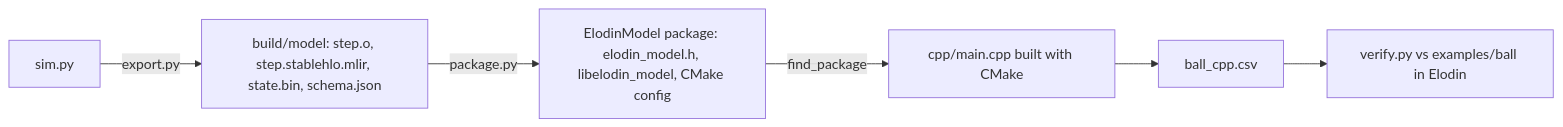
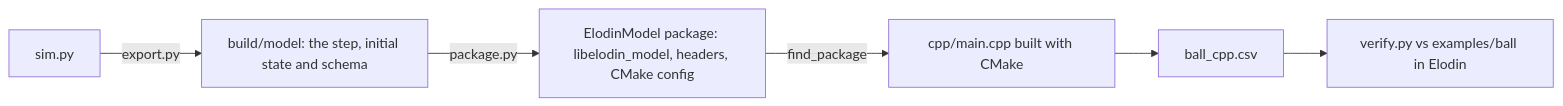
Before and after one commit to elodin-sys/elodin: the diagram in examples/ball-cpp/README.md, drawn with Mermaid. The commit also changed other lines of this file and 4 other files, not shown here.

````diff
--- a/examples/ball-cpp/README.md
+++ b/examples/ball-cpp/README.md
@@ -12,8 +12,8 @@
 ```mermaid
 flowchart LR
-    sim["sim.py"] -->|"export.py"| model["build/model: step.o, step.stablehlo.mlir, state.bin, schema.json"]
-    model -->|"package.py"| pkg["ElodinModel package: elodin_model.h, libelodin_model, CMake config"]
+    sim["sim.py"] -->|"export.py"| model["build/model: the step, initial state and schema"]
+    model -->|"package.py"| pkg["ElodinModel package: libelodin_model, headers, CMake config"]
     pkg -->|"find_package"| host["cpp/main.cpp built with CMake"]
     host --> csv["ball_cpp.csv"]
     csv --> verify["verify.py vs examples/ball in Elodin"]
 ```
````
